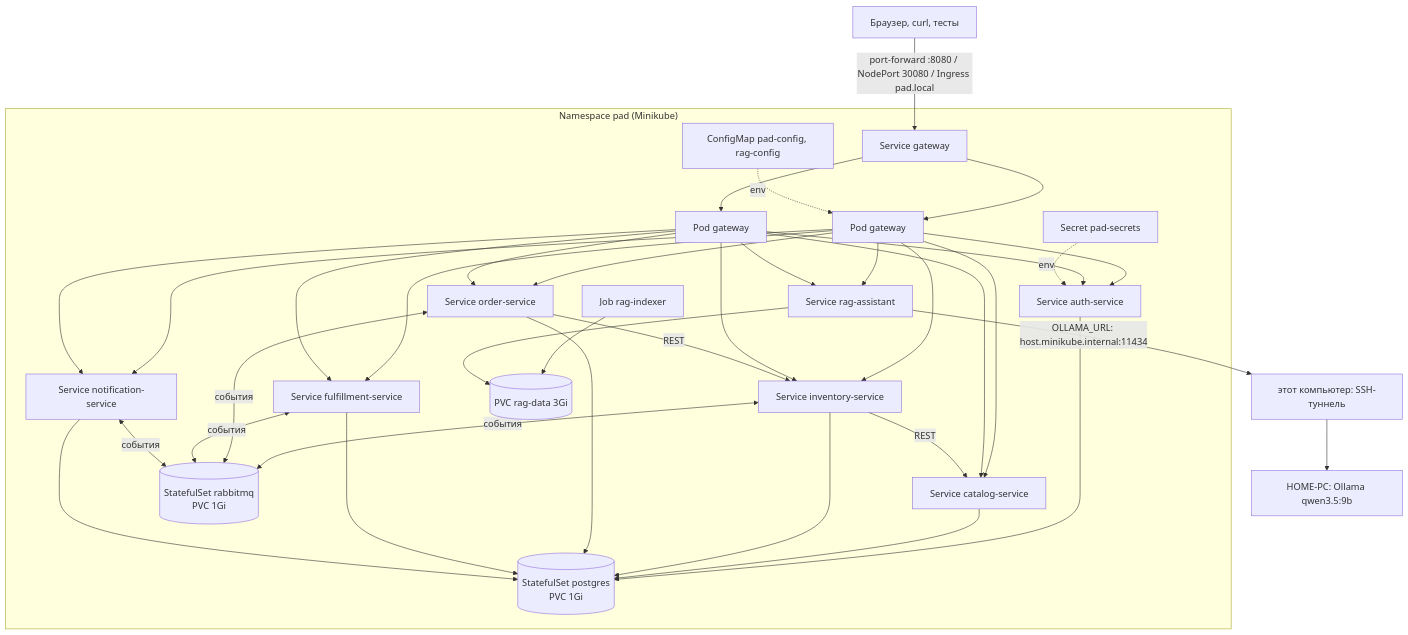
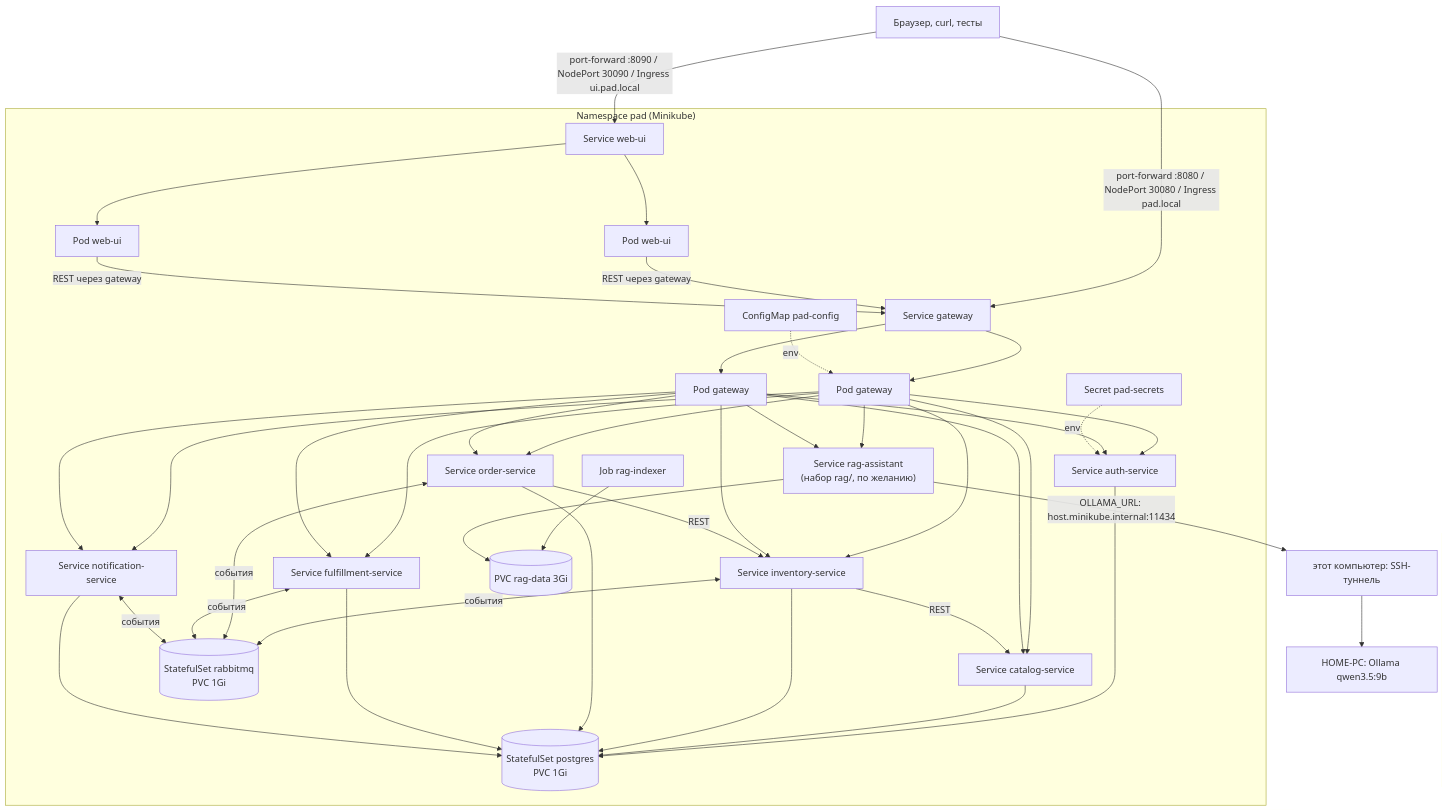
Before and after one commit to DmitriiAnghis/pad-labs: the diagram in lab3/README.md, drawn with Mermaid. The commit also changed other lines of this file and 16 other files, not shown here.

First line of the commit message:
feat(lab3): web-ui in Kubernetes, RAG as optional kustomize set

````diff
--- a/lab3/README.md
+++ b/lab3/README.md
@@ -32,18 +33,21 @@
 ```mermaid
 flowchart TB
   user["Браузер, curl, тесты"] -->|"port-forward :8080 / NodePort 30080 / Ingress pad.local"| gwsvc
+  user -->|"port-forward :8090 / NodePort 30090 / Ingress ui.pad.local"| uisvc
   subgraph ns["Namespace pad (Minikube)"]
+    uisvc["Service web-ui"] --> ui1["Pod web-ui"] & ui2["Pod web-ui"]
+    ui1 & ui2 -->|"REST через gateway"| gwsvc
     gwsvc["Service gateway"] --> gw1["Pod gateway"] & gw2["Pod gateway"]
     gw1 & gw2 --> auth["Service auth-service"] & cat["Service catalog-service"] & inv["Service inventory-service"]
-    gw1 & gw2 --> ord["Service order-service"] & ful["Service fulfillment-service"] & notif["Service notification-service"] & rag["Service rag-assistant"]
+    gw1 & gw2 --> ord["Service order-service"] & ful["Service fulfillment-service"] & notif["Service notification-service"] & rag["Service rag-assistant<br/>(набор rag/, по желанию)"]
     ord -->|REST| inv
     inv -->|REST| cat
     auth & cat & inv & ord & ful & notif --> pg[("StatefulSet postgres<br/>PVC 1Gi")]
     inv & ord & ful & notif <-->|события| mq[("StatefulSet rabbitmq<br/>PVC 1Gi")]
     job["Job rag-indexer"] --> vol[("PVC rag-data 3Gi")]
     rag --> vol
-    cm["ConfigMap pad-config, rag-config"] -.->|env| gw1
+    cm["ConfigMap pad-config"] -.->|env| gw1
     sec["Secret pad-secrets"] -.->|env| auth
   end
   rag -->|"OLLAMA_URL: host.minikube.internal:11434"| pc["этот компьютер: SSH-туннель"] --> home["HOME-PC: Ollama qwen3.5:9b"]
 ```
````
